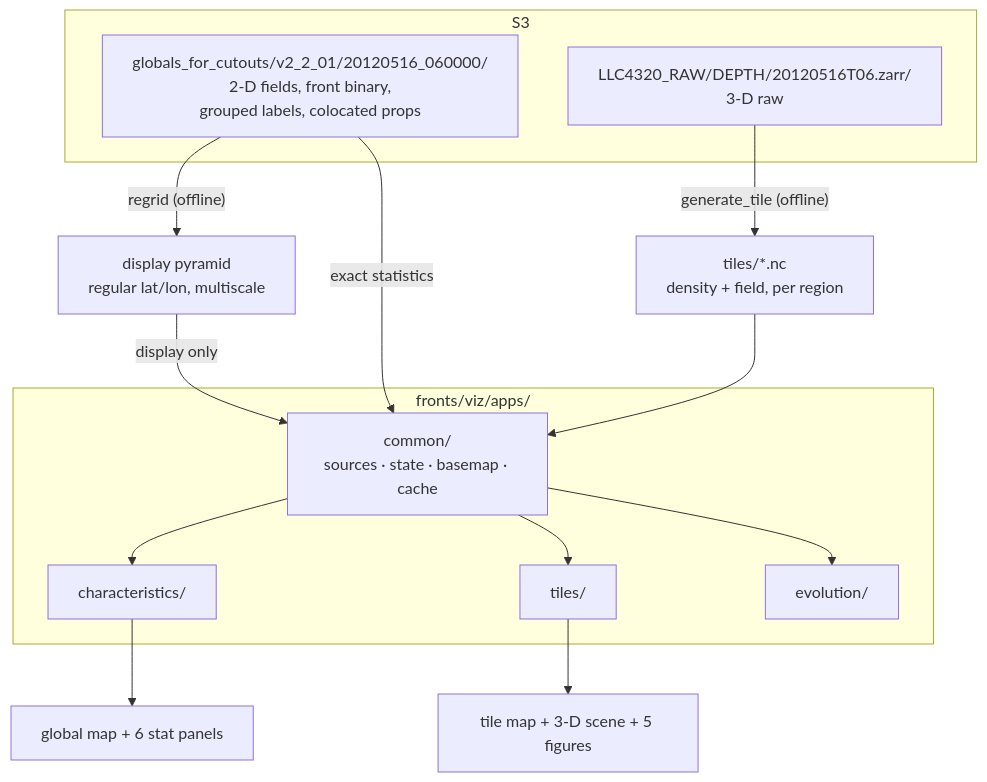
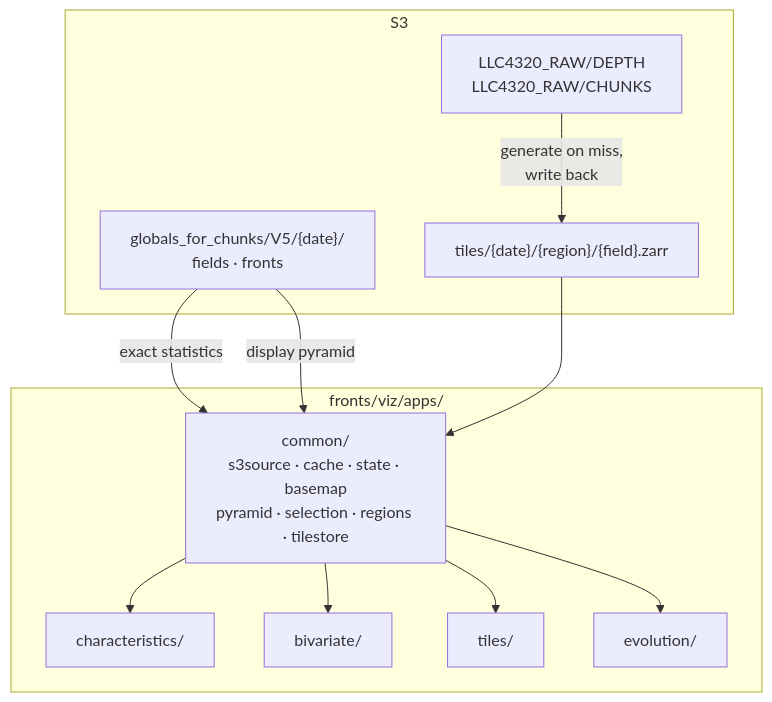
The first of 2 diagrams in prompts/build_front_viz_tool.md (Sea-Meets-the-Stars/fronts), drawn with Mermaid before and after one commit. The commit also changed other lines of this file and 7 other files, not shown here.

````diff
--- a/prompts/build_front_viz_tool.md
+++ b/prompts/build_front_viz_tool.md
@@ -40,27 +121,23 @@
 ```mermaid
 flowchart TB
-    subgraph S3
-        A["globals_for_cutouts/v2_2_01/20120516_060000/<br/>2-D fields, front binary,<br/>grouped labels, colocated props"]
-        B["LLC4320_RAW/DEPTH/20120516T06.zarr/<br/>3-D raw"]
+    subgraph s3["S3"]
+        G["globals_for_chunks/V5/{date}/<br/>fields · fronts"]
+        R["LLC4320_RAW/DEPTH<br/>LLC4320_RAW/CHUNKS"]
+        T["tiles/{date}/{region}/{field}.zarr"]
     end
 
-    B -->|"generate_tile (offline)"| T["tiles/*.nc<br/>density + field, per region"]
-    A -->|"regrid (offline)"| PY["display pyramid<br/>regular lat/lon, multiscale"]
+    R -->|"generate on miss,<br/>write back"| T
 
     subgraph app["fronts/viz/apps/"]
-        C["common/<br/>sources · state · basemap · cache"]
+        C["common/<br/>s3source · cache · state · basemap<br/>pyramid · selection · regions · tilestore"]
         P1["characteristics/"]
-        P2["tiles/"]
-        P3["evolution/"]
-        C --> P1
-        C --> P2
-        C --> P3
+        P2["bivariate/"]
+        P3["tiles/"]
+        P4["evolution/"]
+        C --> P1 & P2 & P3 & P4
     end
 
-    PY -->|"display only"| C
-    A -->|"exact statistics"| C
+    G -->|"exact statistics"| C
+    G -->|"display pyramid"| C
     T --> C
-
-    P1 --> O1["global map + 6 stat panels"]
-    P2 --> O2["tile map + 3-D scene + 5 figures"]
 ```
````
